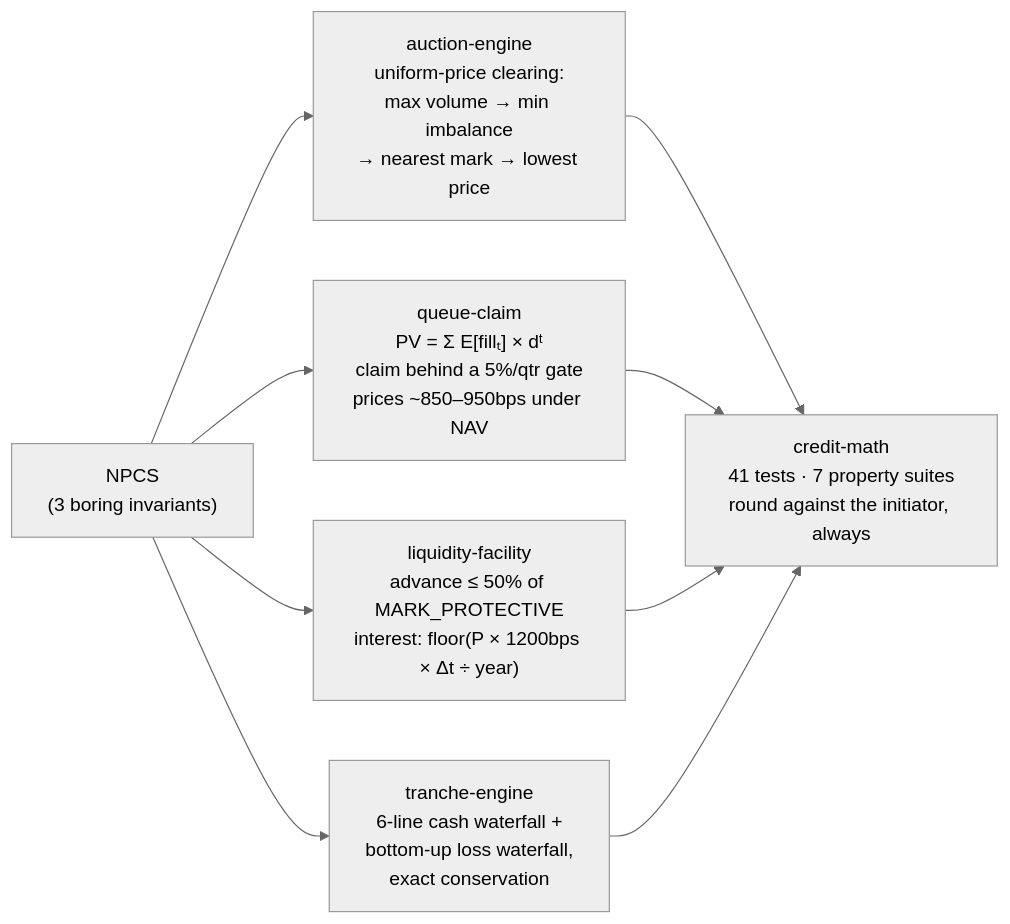
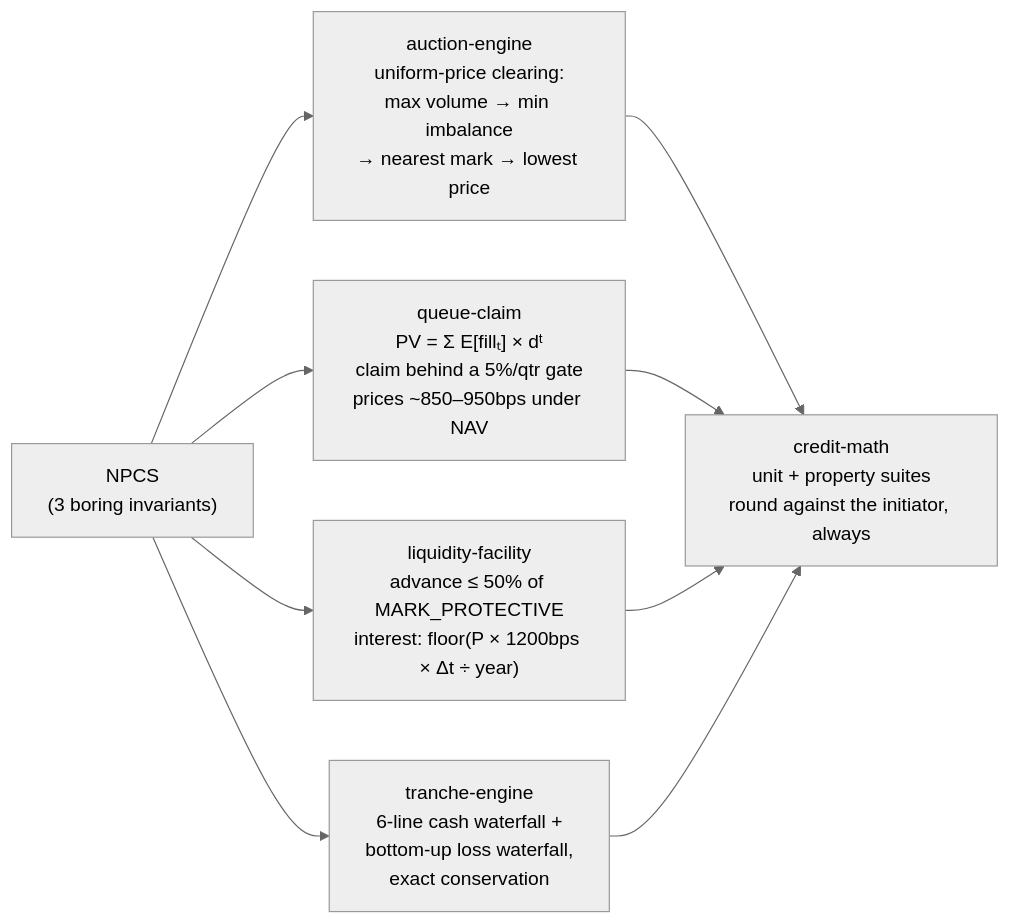
Before and after one commit to Srizdebnath/nundina: the second of 2 diagrams in token/TOKENOMICS.md, drawn with Mermaid (neutral theme). The commit also changed other lines of this file and 2 other files, not shown here.

````diff
--- a/token/TOKENOMICS.md
+++ b/token/TOKENOMICS.md
@@ -71,11 +85,11 @@
 ```mermaid
 flowchart LR
     NPCS["NPCS<br/>(3 boring invariants)"] --> AE["auction-engine<br/>uniform-price clearing:<br/>max volume → min imbalance<br/>→ nearest mark → lowest price"]
     NPCS --> QC["queue-claim<br/>PV = Σ E[fillₜ] × dᵗ<br/>claim behind a 5%/qtr gate<br/>prices ~850–950bps under NAV"]
     NPCS --> LF["liquidity-facility<br/>advance ≤ 50% of MARK_PROTECTIVE<br/>interest: floor(P × 1200bps × Δt ÷ year)"]
     NPCS --> TE["tranche-engine<br/>6-line cash waterfall +<br/>bottom-up loss waterfall,<br/>exact conservation"]
-    AE --> CM["credit-math<br/>41 tests · 7 property suites<br/>round against the initiator, always"]
+    AE --> CM["credit-math<br/>unit + property suites<br/>round against the initiator, always"]
     QC --> CM
     LF --> CM
     TE --> CM
 ```
````
